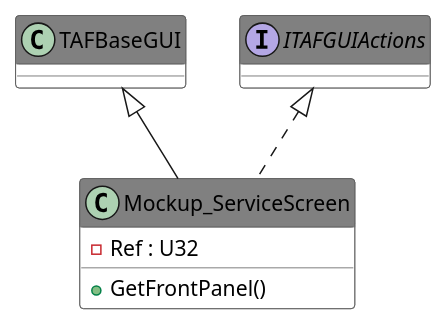
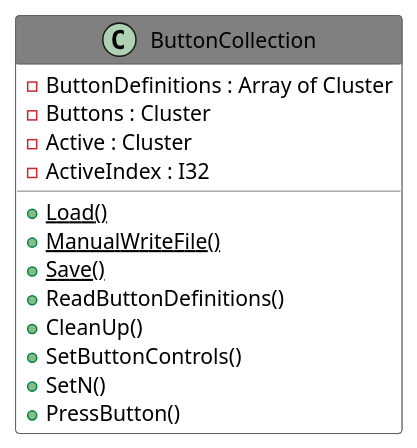
One commit to PatriekBruins/TriekselsoftApplicationFramework changed the diagram in Source/Antidoc-Output/Includes/042.adoc. Above: the diagram before and after it, drawn with PlantUML. The commit also changed other lines of this file and 692 other files, not shown here.

```diff
--- a/Source/Antidoc-Output/Includes/042.adoc
+++ b/Source/Antidoc-Output/Includes/042.adoc
@@ -8,24 +8,30 @@
 [plantuml, format="svg", align="center"]
 ....
 @startuml
 set namespaceSeparator :
 skinparam ClassBackgroundColor #FFFFFF
 skinparam ClassBorderColor #555555
 skinparam ClassFontColor #000000
 skinparam ClassHeaderBackgroundColor #808080
 
 skinparam top to bottom direction
-class "Mockup_ServiceScreen" {
-{field} -Ref : U32
-{method} +GetFrontPanel()
+class "ButtonCollection" {
+{field} -ButtonDefinitions : Array of Cluster
+{field} -Buttons : Cluster
+{field} -Active : Cluster
+{field} -ActiveIndex : I32
+{static} {method} +Load()
+{static} {method} +ManualWriteFile()
+{static} {method} +Save()
+{method} +ReadButtonDefinitions()
+{method} +CleanUp()
+{method} +SetButtonControls()
+{method} +SetN()
+{method} +PressButton()
 
 }
-"TAFBaseGUI" <|-- "Mockup_ServiceScreen"
-"ITAFGUIActions" <|.. "Mockup_ServiceScreen"
-interface "ITAFGUIActions" {}
-
 
 
 
 @enduml
 ....
```
